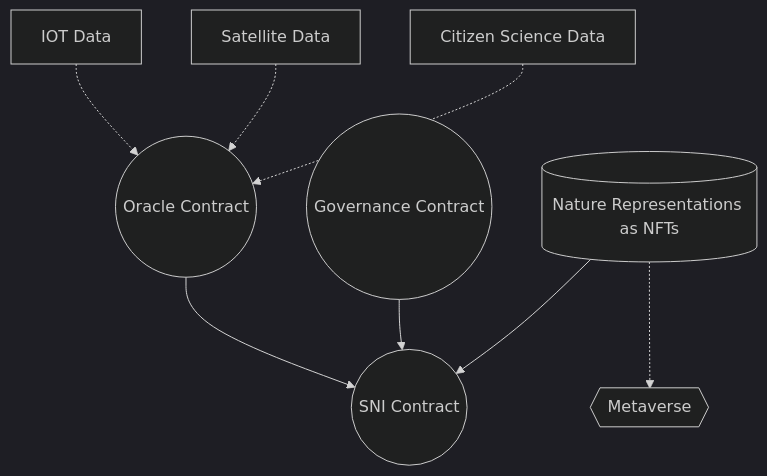
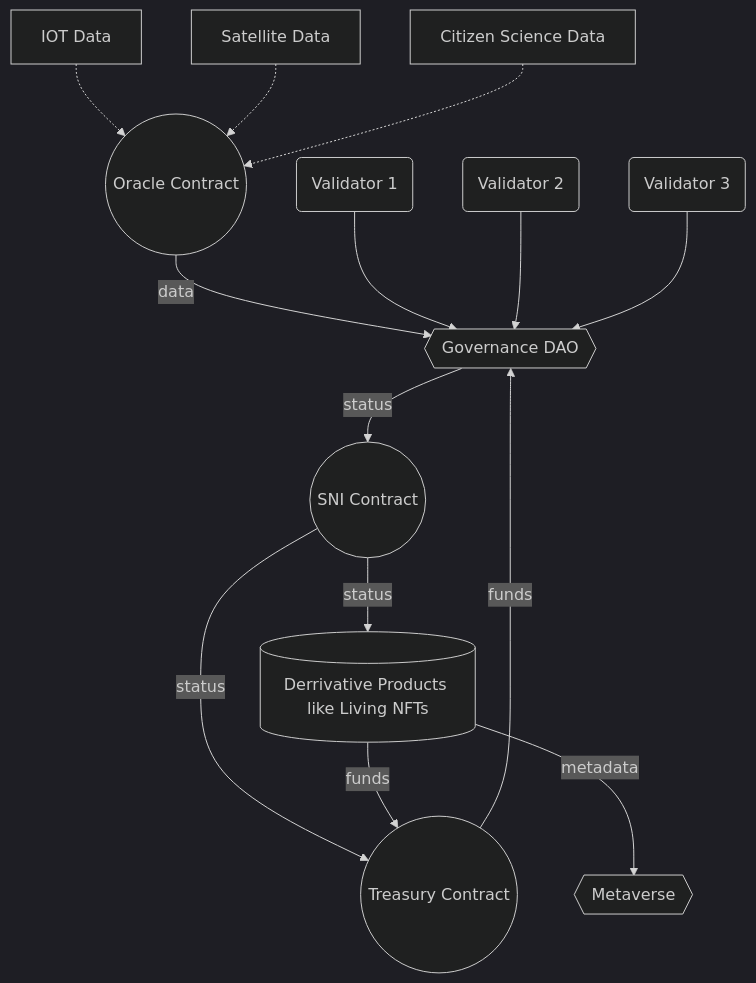
One commit to sovereign-nature/deep changed the diagram in apps/docs/pages/smart-contract.md. Above: the diagram before and after it, drawn with Mermaid (dark theme).

Commit message:
Added updated SNI schema

````diff
--- a/apps/docs/pages/smart-contract.md
+++ b/apps/docs/pages/smart-contract.md
@@ -97,10 +97,16 @@
 ```mermaid
   flowchart TD;
       IOT[IOT Data]-.->Oracle;
       Satellite[Satellite Data]-.->Oracle;
       CitizenScience[Citizen Science Data]-.->Oracle;
-      Oracle((Oracle Contract))-->SNI((SNI Contract));
-      GovernanceContract((Governance Contract))-->SNI;
-      NatureRepresentations[(Nature Representations as NFTs)]-->SNI;
-      NatureRepresentations-.->Metaverse{{Metaverse}};
+      Oracle((Oracle Contract))--data-->GovernanceDAO{{Governance DAO}}
+      Validator1(Validator 1)-->GovernanceDAO
+      Validator2(Validator 2)-->GovernanceDAO
+      Validator3(Validator 3)-->GovernanceDAO
+      GovernanceDAO--status-->SNI((SNI Contract));
+      SNI-- status -->TreasuryContract((Treasury Contract));
+      SNI-- status -->Derrivatives[(Derrivative Products like Living NFTs)];
+      Derrivatives--metadata-->Metaverse{{Metaverse}};
+      Derrivatives--funds-->TreasuryContract
+      TreasuryContract--funds-->GovernanceDAO
 ```
````
